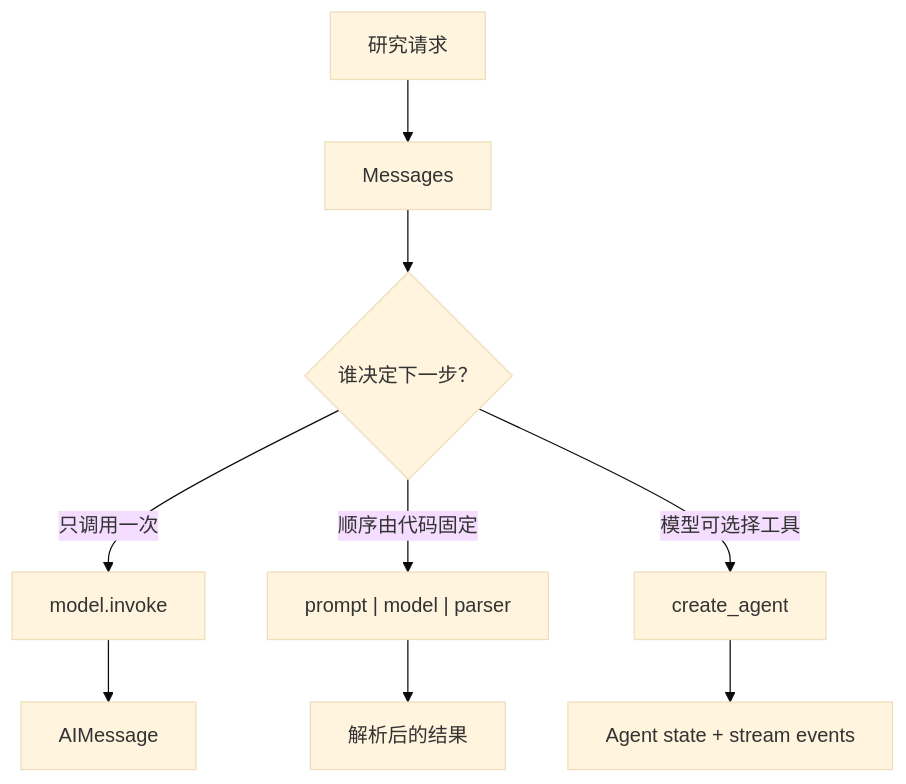
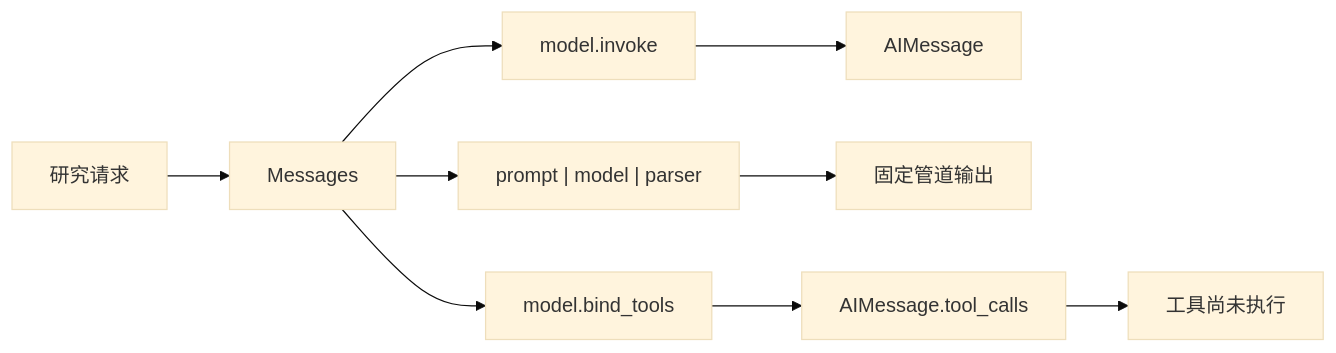
Before and after one commit to Chengyunlai/langchain-logbook: the diagram in docs-site/src/data/blog/01_Getting_Started.md, drawn with Mermaid (base theme). The commit also changed other lines of this file and 5 other files, not shown here.

````diff
--- a/docs-site/src/data/blog/01_Getting_Started.md
+++ b/docs-site/src/data/blog/01_Getting_Started.md
@@ -31,11 +29,11 @@
 ```mermaid
-flowchart TD
+flowchart LR
     U["研究请求"] --> M["Messages"]
-    M --> C{"谁决定下一步？"}
-    C -->|"只调用一次"| I["model.invoke"]
-    C -->|"顺序由代码固定"| R["prompt | model | parser"]
-    C -->|"模型可选择工具"| A["create_agent"]
-    I --> O["AIMessage"]
-    R --> O2["解析后的结果"]
-    A --> E["Agent state + stream events"]
+    M --> I["model.invoke"]
+    M --> R["prompt | model | parser"]
+    M --> T["model.bind_tools"]
+    I --> A["AIMessage"]
+    R --> S["固定管道输出"]
+    T --> C["AIMessage.tool_calls"]
+    C --> N["工具尚未执行"]
 ```
````
